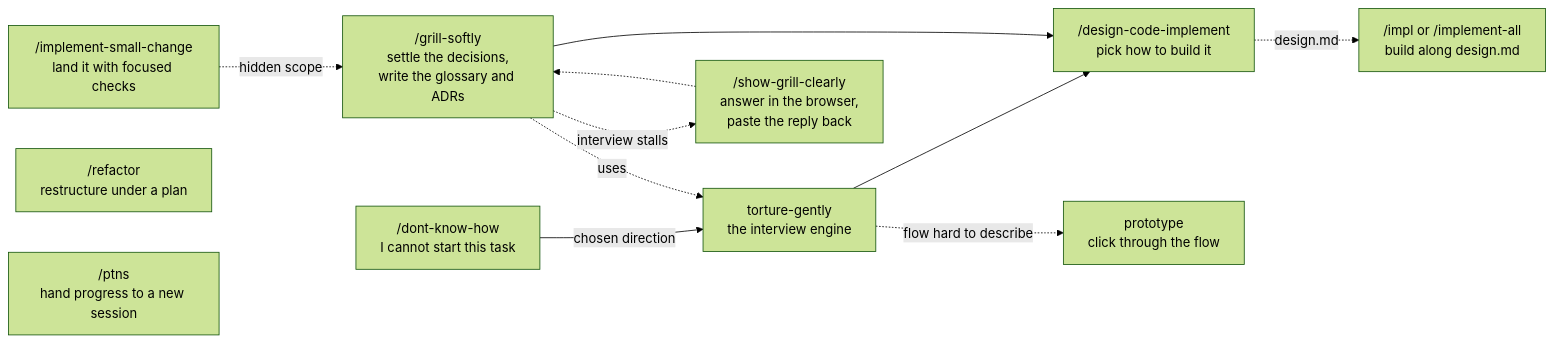
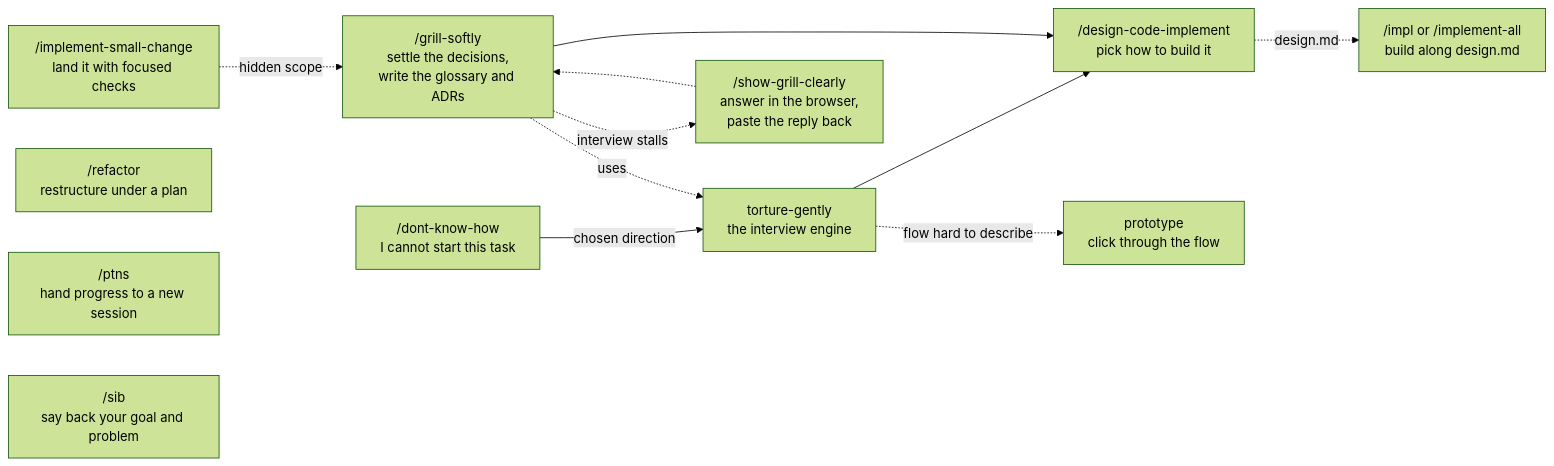
Before and after one commit to GUOJIE-HONG/skills: the diagram in README.md, drawn with Mermaid (forest theme). The commit also changed 4 other files, not shown here.

````diff
--- a/README.md
+++ b/README.md
@@ -59,16 +59,17 @@
 ```mermaid
 flowchart LR
     A["/dont-know-how<br/>I cannot start this task"] -->|"chosen direction"| F["torture-gently<br/>the interview engine"]
     F --> C
     F -. flow hard to describe .-> P["prototype<br/>click through the flow"]
     B["/grill-softly<br/>settle the decisions,<br/>write the glossary and ADRs"]
     B --> C["/design-code-implement<br/>pick how to build it"]
     D["/implement-small-change<br/>land it with focused checks"]
     R["/refactor<br/>restructure under a plan"]
     H["/ptns<br/>hand progress to a new session"]
+    S["/sib<br/>say back your goal and problem"]
     C -.->|"design.md"| G["/impl or /implement-all<br/>build along design.md"]
     B -. interview stalls .-> E["/show-grill-clearly<br/>answer in the browser,<br/>paste the reply back"]
     E -.-> B
     B -. uses .-> F
     D -. hidden scope .-> B
 ```
````
